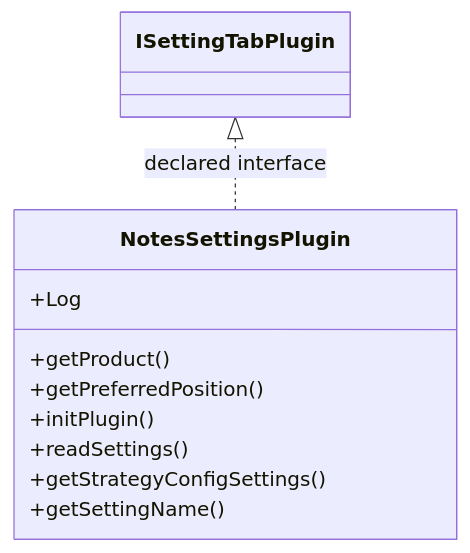
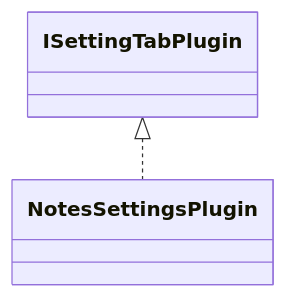
Before and after one commit to haruperi/HaruQuantAI: the diagram in docs/sqx/Shared/SettingsNotes.md, drawn with Mermaid. The commit also changed other lines of this file and 1688 other files, not shown here.

````diff
--- a/docs/sqx/Shared/SettingsNotes.md
+++ b/docs/sqx/Shared/SettingsNotes.md
@@ -30,14 +26,6 @@
 ```mermaid
 classDiagram
-    class Ce48c9b054201["NotesSettingsPlugin"] {
-        +Log
-        +getProduct()
-        +getPreferredPosition()
-        +initPlugin()
-        +readSettings()
-        +getStrategyConfigSettings()
-        +getSettingName()
-    }
-    class C27734eb41505["ISettingTabPlugin"]
-    C27734eb41505 <|.. Ce48c9b054201 : declared interface
+    class C0["NotesSettingsPlugin"]
+    class E0["ISettingTabPlugin"]
+    E0 <|.. C0
 ```
````
